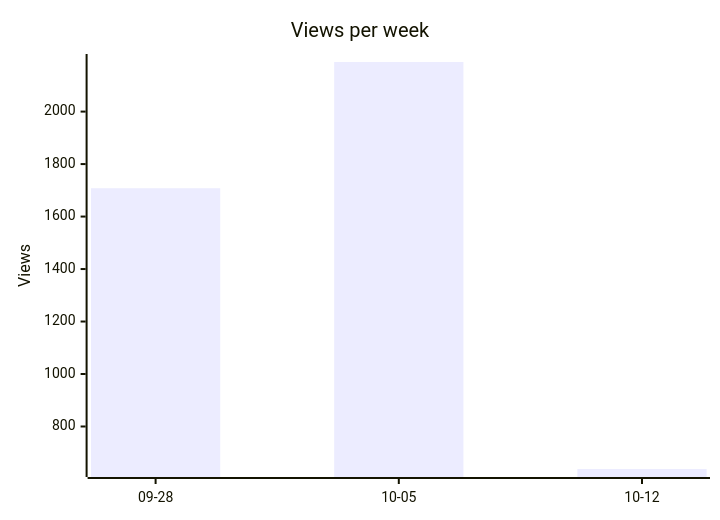
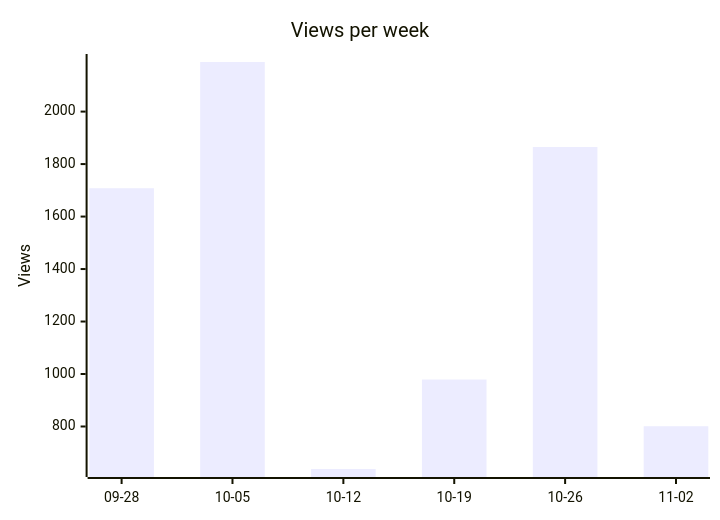
The first of 3 diagrams in docs/traffic/README.md (IBM/AssetOpsBench), drawn with Mermaid before and after one commit. The commit also changed other lines of this file and 5 other files, not shown here.

````diff
--- a/docs/traffic/README.md
+++ b/docs/traffic/README.md
@@ -16,7 +18,7 @@
 ```mermaid
 xychart-beta
     title "Views per week"
-    x-axis ["09-28", "10-05", "10-12"]
+    x-axis ["09-28", "10-05", "10-12", "10-19", "10-26", "11-02"]
     y-axis "Views"
-    bar [1708, 2189, 638]
+    bar [1708, 2189, 638, 979, 1865, 801]
 ```
````
